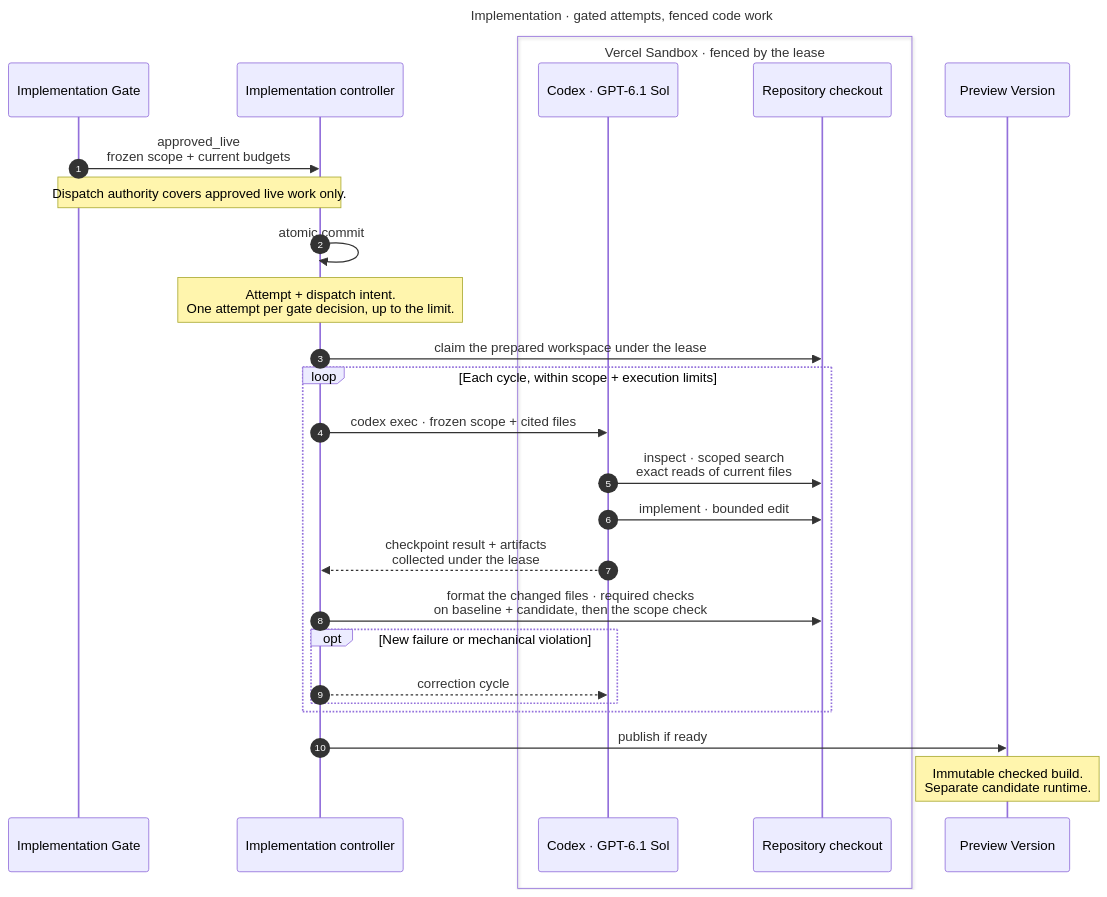
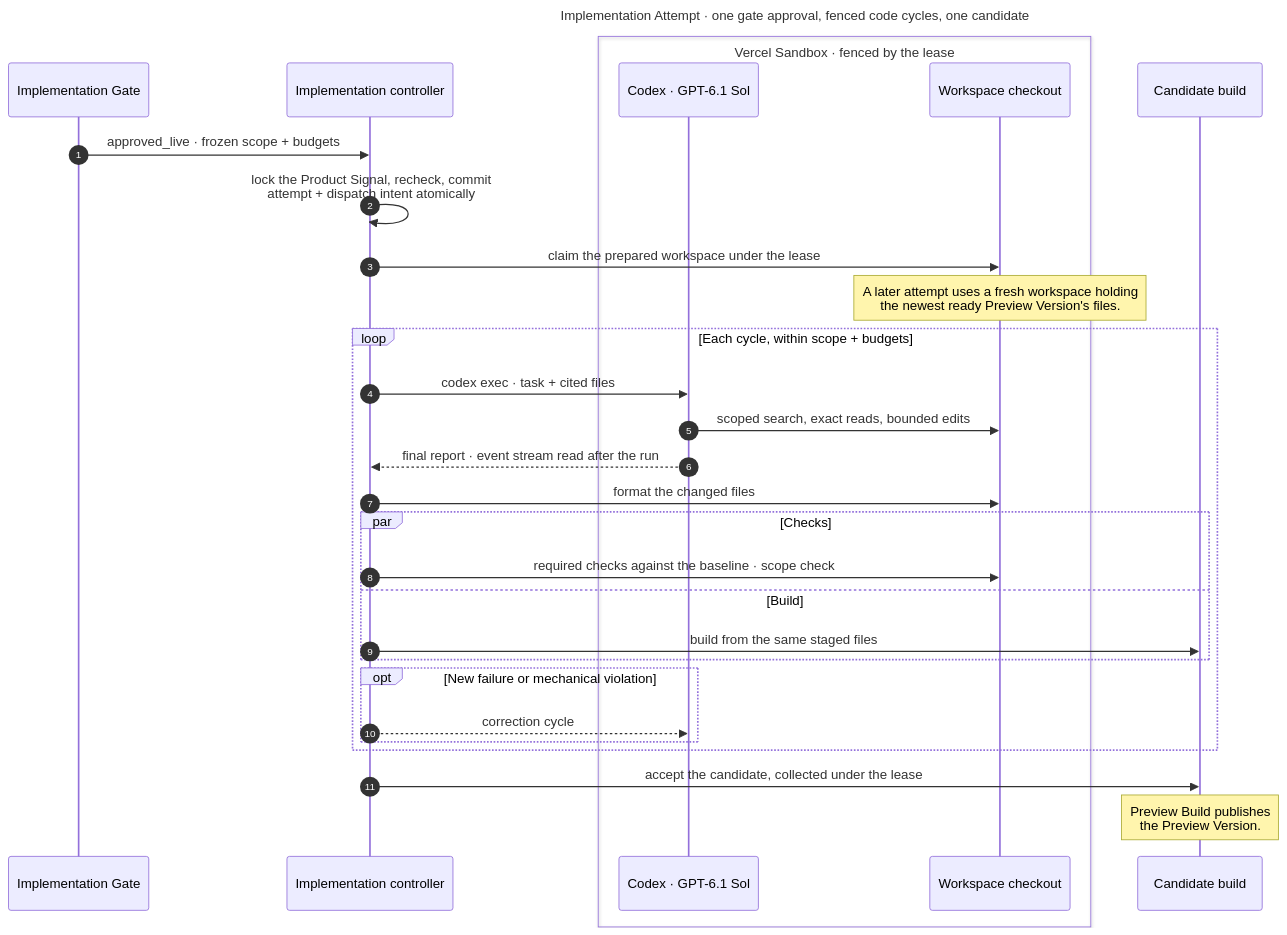
One commit to rithm84/userTrace changed the diagram in docs/diagrams/pele/implementation.mmd. Above: the diagram before and after it, drawn with Mermaid. The commit also changed 628 other files, not shown here.

First line of the commit message:
chore: clean up code, tests, and docs across the repository

```diff
--- a/docs/diagrams/pele/implementation.mmd
+++ b/docs/diagrams/pele/implementation.mmd
@@ -1,30 +1,33 @@
 ---
-title: Implementation · gated attempts, fenced code work
+title: Implementation Attempt · one gate approval, fenced code cycles, one candidate
 ---
 sequenceDiagram
   autonumber
   participant gate as Implementation Gate
   participant cp as Implementation controller
   box Vercel Sandbox · fenced by the lease
     participant codex as Codex · GPT-6.1 Sol
-    participant repo as Repository checkout
+    participant ws as Workspace checkout
   end
-  participant pv as Preview Version
+  participant build as Candidate build
 
-  gate->>cp: approved_live<br/>frozen scope + current budgets
-  Note over gate,cp: Dispatch authority covers approved live work only.
-  cp->>cp: atomic commit
-  Note over cp: Attempt + dispatch intent.<br/>One attempt per gate decision, up to the limit.
-  cp->>repo: claim the prepared workspace under the lease
-  loop Each cycle, within scope + execution limits
-    cp->>codex: codex exec · frozen scope + cited files
-    codex->>repo: inspect · scoped search<br/>exact reads of current files
-    codex->>repo: implement · bounded edit
-    codex-->>cp: checkpoint result + artifacts<br/>collected under the lease
-    cp->>repo: format the changed files · required checks<br/>on baseline + candidate, then the scope check
+  gate->>cp: approved_live · frozen scope + budgets
+  cp->>cp: lock the Product Signal, recheck, commit<br/>attempt + dispatch intent atomically
+  cp->>ws: claim the prepared workspace under the lease
+  Note over ws: A later attempt uses a fresh workspace holding<br/>the newest ready Preview Version's files.
+  loop Each cycle, within scope + budgets
+    cp->>codex: codex exec · task + cited files
+    codex->>ws: scoped search, exact reads, bounded edits
+    codex-->>cp: final report · event stream read after the run
+    cp->>ws: format the changed files
+    par Checks
+      cp->>ws: required checks against the baseline · scope check
+    and Build
+      cp->>build: build from the same staged files
+    end
     opt New failure or mechanical violation
       cp-->>codex: correction cycle
     end
   end
-  cp->>pv: publish if ready
-  Note over pv: Immutable checked build.<br/>Separate candidate runtime.
+  cp->>build: accept the candidate, collected under the lease
+  Note over build: Preview Build publishes<br/>the Preview Version.
```
